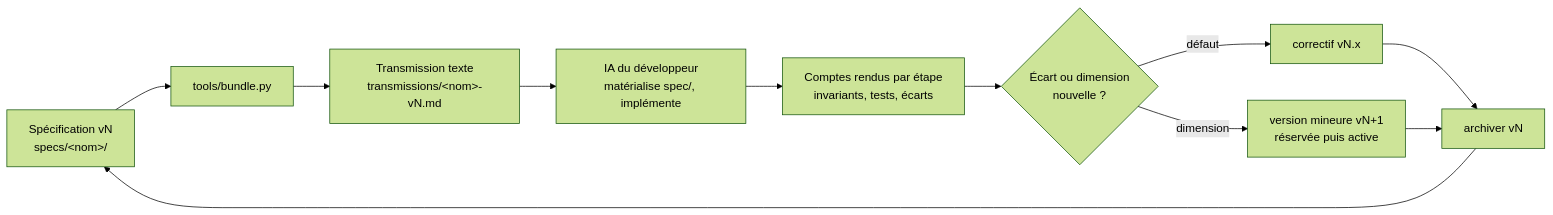
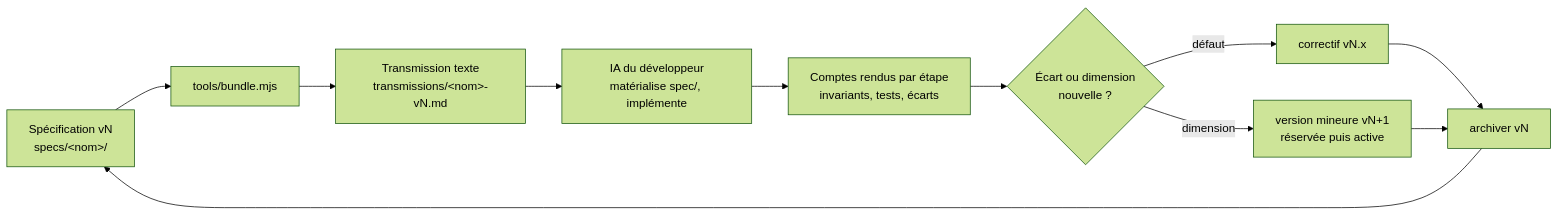
Before and after one commit to FredGarcia/Agent2Prompt: the second of 2 diagrams in EVOLUTION.md, drawn with Mermaid (forest theme). The commit also changed other lines of this file and 4 other files, not shown here.

First line of the commit message:
tools: assemblage des transmissions en Node (bundle.mjs)

````diff
--- a/EVOLUTION.md
+++ b/EVOLUTION.md
@@ -64,13 +64,13 @@
 ```mermaid
 flowchart LR
-  V["Spécification vN<br/>specs/&lt;nom&gt;/"] --> B["tools/bundle.py"]
+  V["Spécification vN<br/>specs/&lt;nom&gt;/"] --> B["tools/bundle.mjs"]
   B --> T["Transmission texte<br/>transmissions/&lt;nom&gt;-vN.md"]
   T --> IA["IA du développeur<br/>matérialise spec/, implémente"]
   IA --> CR["Comptes rendus par étape<br/>invariants, tests, écarts"]
   CR --> DEC{"Écart ou dimension<br/>nouvelle ?"}
   DEC -->|"défaut"| P["correctif vN.x"]
   DEC -->|"dimension"| M["version mineure vN+1<br/>réservée puis active"]
   P --> A["archiver vN"]
   M --> A
   A --> V
 ```
````
